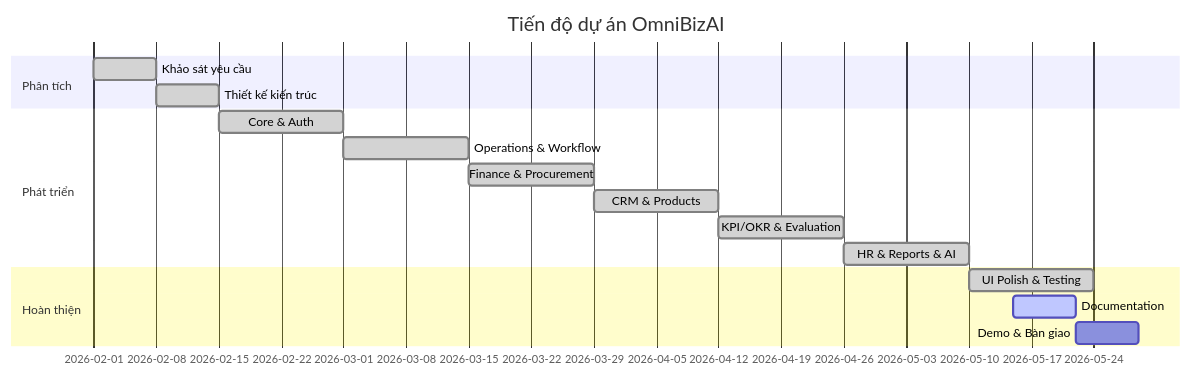
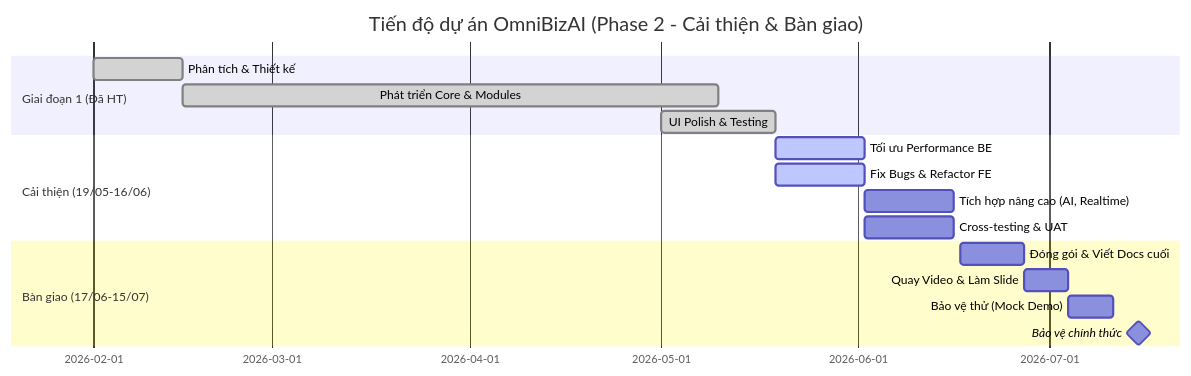
One commit to quanptatb/OmniBizAI changed the diagram in docs/report/D_QuanLy_DuAn.md. Above: the diagram before and after it, drawn with Mermaid. The commit also changed other lines of this file, not shown here.

Commit message:
docs: add project management documentation for the project report

````diff
--- a/docs/report/D_QuanLy_DuAn.md
+++ b/docs/report/D_QuanLy_DuAn.md
@@ -35,19 +38,22 @@
 ```mermaid
 gantt
-    title Tiến độ dự án OmniBizAI
+    title Tiến độ dự án OmniBizAI (Phase 2 - Cải thiện & Bàn giao)
     dateFormat YYYY-MM-DD
-    section Phân tích
-        Khảo sát yêu cầu       :done, a1, 2026-02-01, 7d
-        Thiết kế kiến trúc      :done, a2, after a1, 7d
-    section Phát triển
-        Core & Auth             :done, b1, 2026-02-15, 14d
-        Operations & Workflow   :done, b2, after b1, 14d
-        Finance & Procurement   :done, b3, after b2, 14d
-        CRM & Products          :done, b4, after b3, 14d
-        KPI/OKR & Evaluation    :done, b5, after b4, 14d
-        HR & Reports & AI       :done, b6, after b5, 14d
-    section Hoàn thiện
-        UI Polish & Testing     :done, c1, after b6, 14d
-        Documentation           :active, c2, 2026-05-15, 7d
-        Demo & Bàn giao         :d1, after c2, 7d
+    
+    section Giai đoạn 1 (Đã HT)
+        Phân tích & Thiết kế      :done, 2026-02-01, 14d
+        Phát triển Core & Modules :done, 2026-02-15, 84d
+        UI Polish & Testing       :done, 2026-05-01, 18d
+    
+    section Cải thiện (19/05-16/06)
+        Tối ưu Performance BE     :active, p1, 2026-05-19, 14d
+        Fix Bugs & Refactor FE    :active, p2, 2026-05-19, 14d
+        Tích hợp nâng cao (AI, Realtime) :p3, 2026-06-02, 14d
+        Cross-testing & UAT       :p4, 2026-06-02, 14d
+        
+    section Bàn giao (17/06-15/07)
+        Đóng gói & Viết Docs cuối :d1, 2026-06-17, 10d
+        Quay Video & Làm Slide    :d2, 2026-06-27, 7d
+        Bảo vệ thử (Mock Demo)    :d3, 2026-07-04, 7d
+        Bảo vệ chính thức         :milestone, 2026-07-15, 0d
 ```
````
